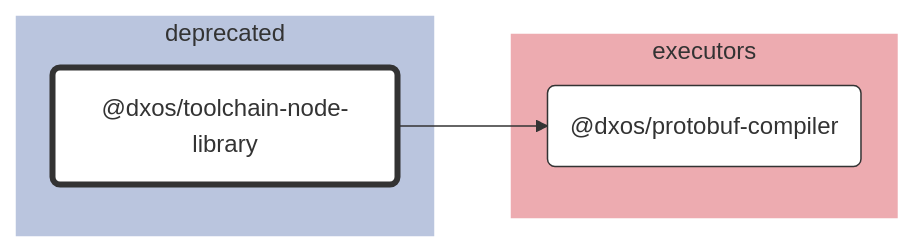
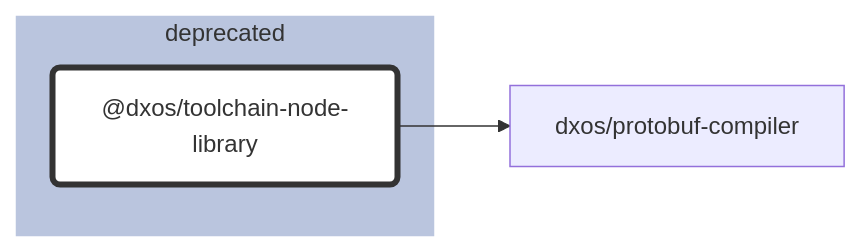
Before and after one commit to dxos/dxos: the diagram in tools/deprecated/toolchain-node-library/docs/README.md, drawn with Mermaid. The commit also changed 87 other files, not shown here.

````diff
--- a/tools/deprecated/toolchain-node-library/docs/README.md
+++ b/tools/deprecated/toolchain-node-library/docs/README.md
@@ -7,34 +7,21 @@
 ```mermaid
 %%{ init: {'flowchart':{'curve':'basis'}} }%%
 
 flowchart LR
 
-%% Links
-dxos/toolchain-node-library --> dxos/protobuf-compiler;
+%% Classes
+classDef def fill:#fff,stroke:#333,stroke-width:1px
+classDef root fill:#fff,stroke:#333,stroke-width:4px
 
-%% Sections
-subgraph deprecated
-  style deprecated fill:#bac5de,stroke:#fff;
+%% Nodes
 
-  dxos/toolchain-node-library("@dxos/toolchain-node-library")
+subgraph deprecated [deprecated]
+  style deprecated fill:#bac5de,stroke:#fff
+  dxos/toolchain-node-library("@dxos/toolchain-node-library"):::root
+  click dxos/toolchain-node-library "dxos/dxos/tree/main/tools/deprecated/toolchain-node-library/docs"
 end
 
-subgraph executors
-  style executors fill:#edabb0,stroke:#fff;
-
-  dxos/protobuf-compiler("@dxos/protobuf-compiler")
-end
-
-
-%% Hyperlinks
-click dxos/protobuf-compiler "dxos/dxos/tree/main/tools/executors/protobuf-compiler/docs";
-
-%% Styles
-classDef rootNode fill:#fff,stroke:#333,stroke-width:4px
-classDef defaultNode fill:#fff,stroke:#333,stroke-width:1px
+%% Links
 linkStyle default stroke:#333,stroke-width:1px
-
-dxos/toolchain-node-library:::rootNode
-
-dxos/protobuf-compiler:::defaultNode
+dxos/toolchain-node-library --> dxos/protobuf-compiler
 ```
````
